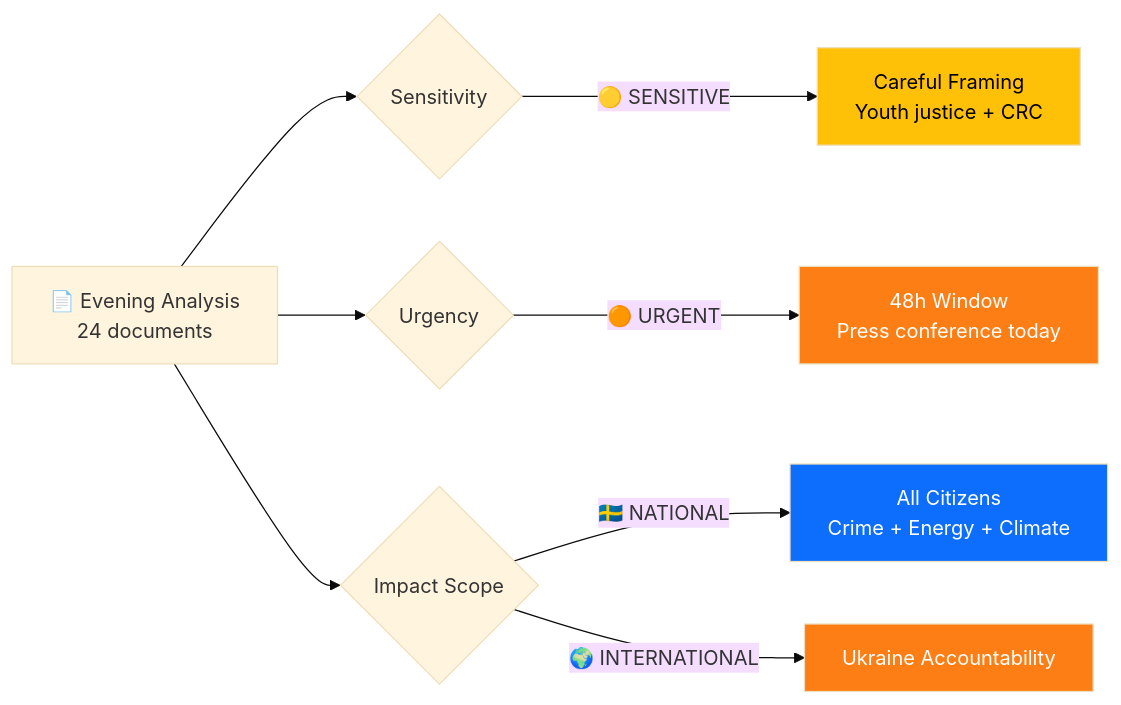
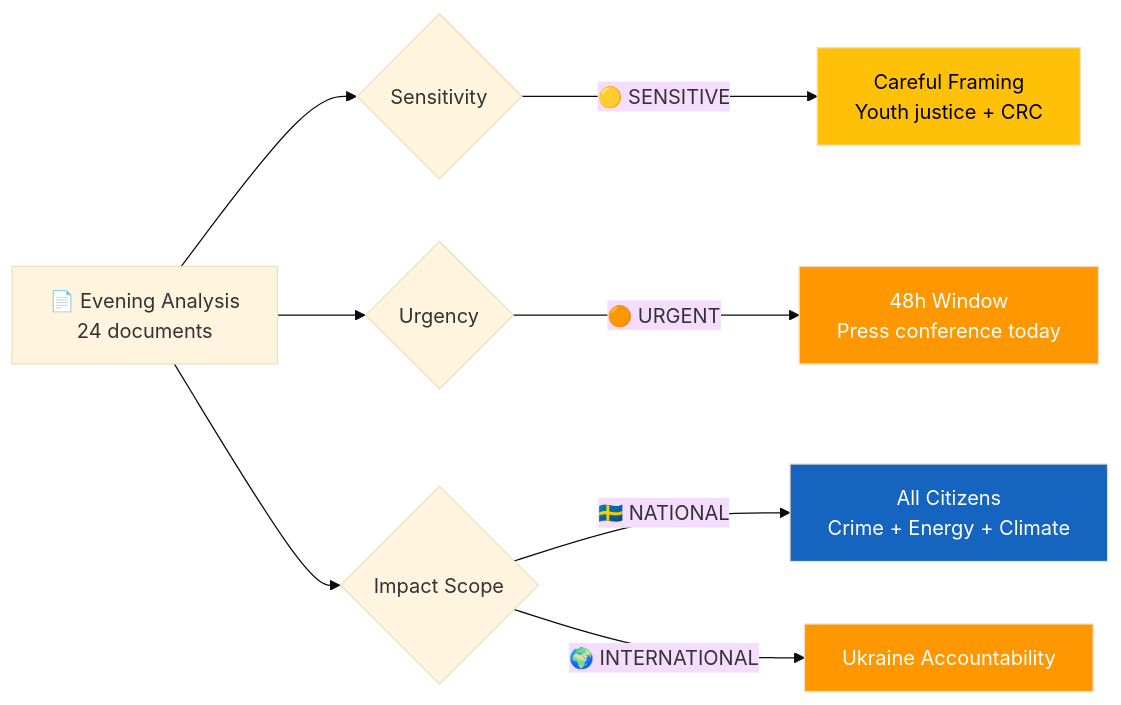
Before and after one commit to Hack23/riksdagsmonitor: the first of 2 diagrams in analysis/daily/2026-04-16/evening-analysis/classification-results.md, drawn with Mermaid (base theme). The commit also changed 785 other files, not shown here.

First line of the commit message:
Normalize mermaid colors across 786 analysis artifacts to ISMS Style Guide palette

````diff
--- a/analysis/daily/2026-04-16/evening-analysis/classification-results.md
+++ b/analysis/daily/2026-04-16/evening-analysis/classification-results.md
@@ -22,17 +22,17 @@
 ```mermaid
 graph LR
     DOC["📄 Evening Analysis<br/>24 documents"] --> SENS{Sensitivity}
     SENS -->|"🟡 SENSITIVE"| SEN["Careful Framing<br/>Youth justice + CRC"]
     
     DOC --> URG{Urgency}
     URG -->|"🟠 URGENT"| URGE["48h Window<br/>Press conference today"]
     
     DOC --> SCOPE{Impact Scope}
     SCOPE -->|"🇸🇪 NATIONAL"| NAT["All Citizens<br/>Crime + Energy + Climate"]
     SCOPE -->|"🌍 INTERNATIONAL"| INT["Ukraine Accountability"]
 
-    style SEN fill:#ffc107,color:#000
-    style URGE fill:#fd7e14,color:#fff
-    style NAT fill:#0d6efd,color:#fff
-    style INT fill:#fd7e14,color:#fff
+    style SEN fill:#FFC107,color:#000000
+    style URGE fill:#FF9800,color:#FFFFFF
+    style NAT fill:#1565C0,color:#FFFFFF
+    style INT fill:#FF9800,color:#FFFFFF
 ```
````
